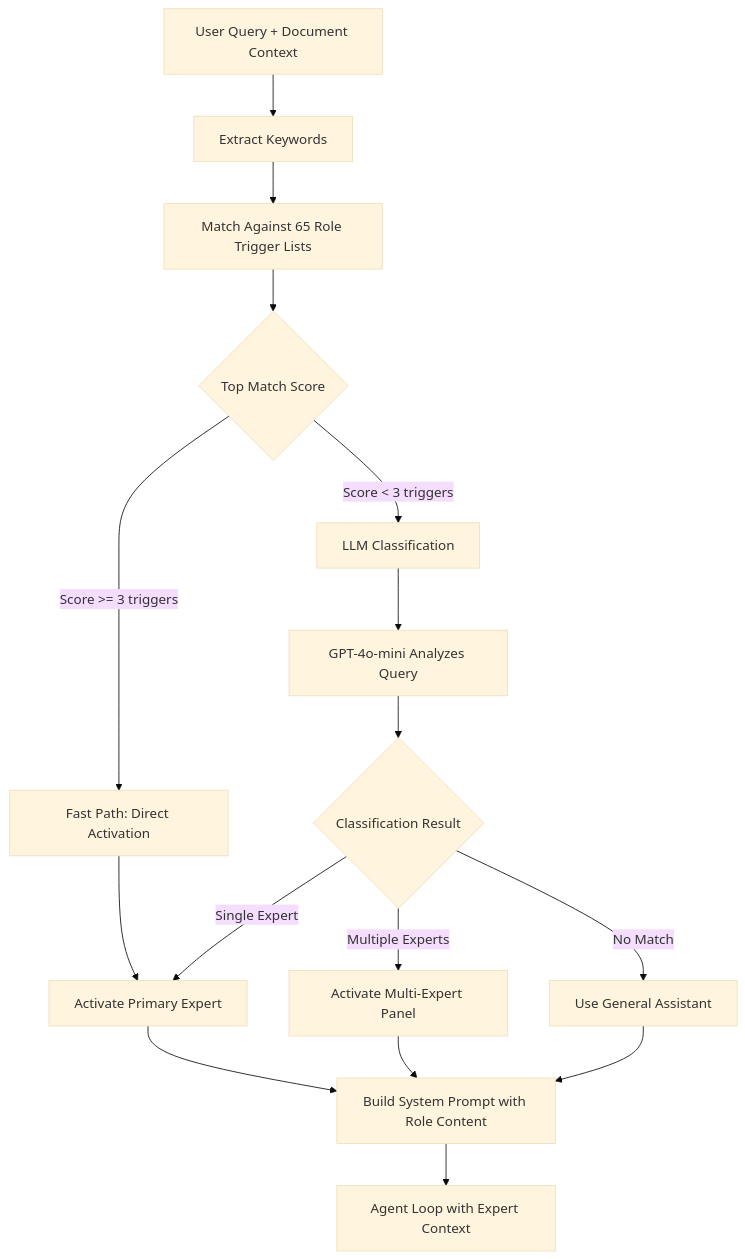
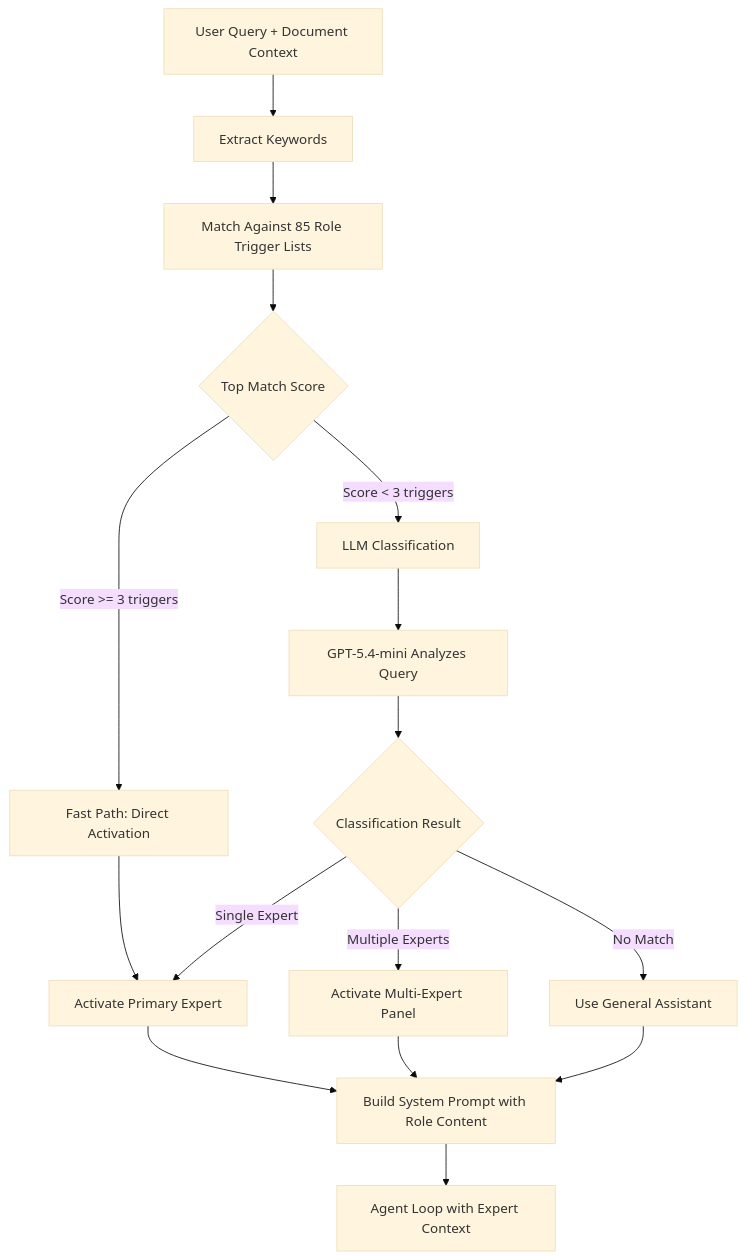
One commit to marcelrgberger/openai-cli changed the third of 7 diagrams in docs/DEVELOPER_GUIDE.md. Above: the diagram before and after it, drawn with Mermaid (base theme). The commit also changed other lines of this file and 1 other file, not shown here.

Commit message:
Update docs to askapro-cli with 85+ roles and GPT-5.4 defaults

````diff
--- a/docs/DEVELOPER_GUIDE.md
+++ b/docs/DEVELOPER_GUIDE.md
@@ -139,18 +139,18 @@
 ```mermaid
 flowchart TD
     A[User Query + Document Context] --> B[Extract Keywords]
-    B --> C[Match Against 65 Role Trigger Lists]
+    B --> C[Match Against 85 Role Trigger Lists]
     C --> D{Top Match Score}
     D -->|Score >= 3 triggers| E[Fast Path: Direct Activation]
     D -->|Score < 3 triggers| F[LLM Classification]
-    F --> G[GPT-4o-mini Analyzes Query]
+    F --> G[GPT-5.4-mini Analyzes Query]
     G --> H{Classification Result}
     H -->|Single Expert| I[Activate Primary Expert]
     H -->|Multiple Experts| J[Activate Multi-Expert Panel]
     H -->|No Match| K[Use General Assistant]
     E --> I
     I --> L[Build System Prompt with Role Content]
     J --> L
     K --> L
     L --> M[Agent Loop with Expert Context]
 ```
````
